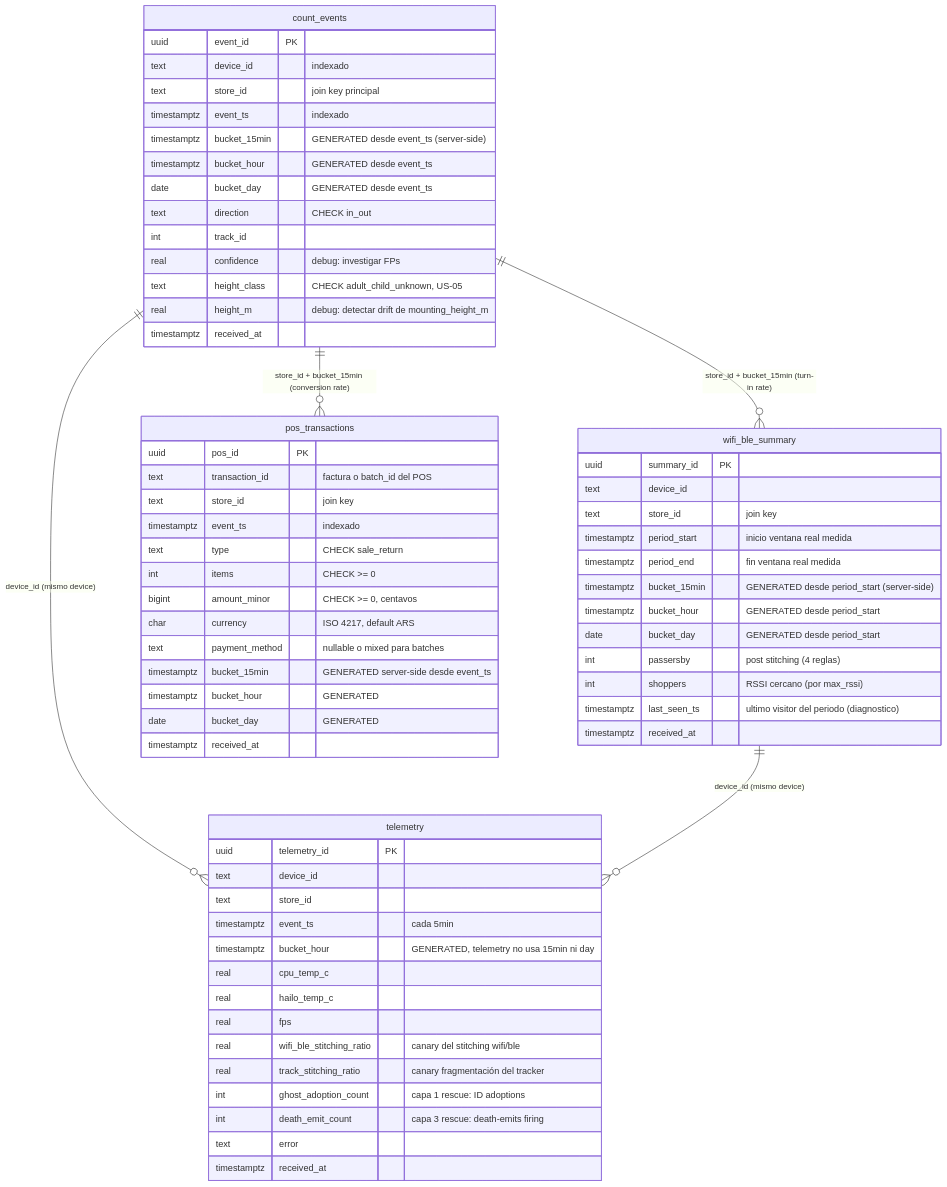
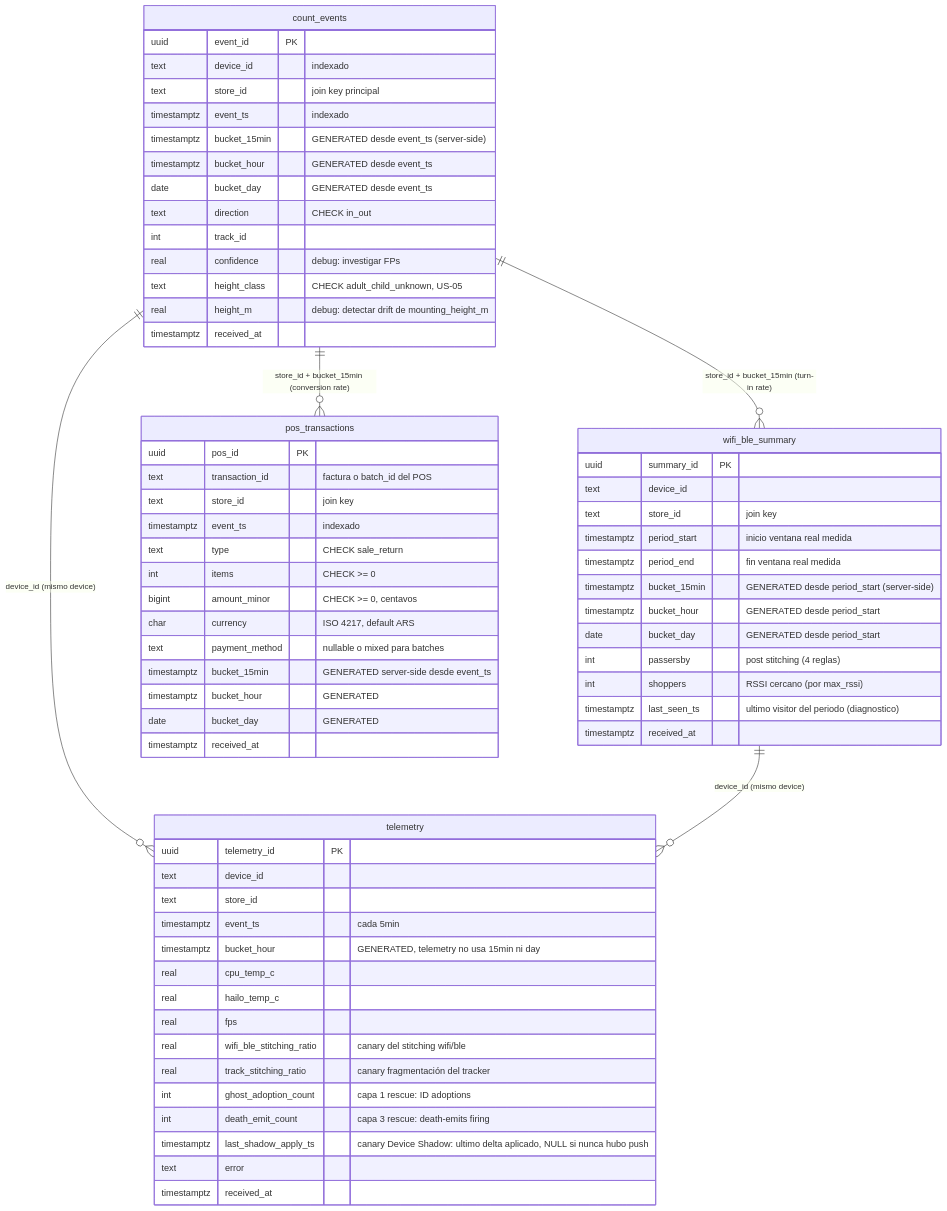
The first of 2 diagrams in docs/database_schema.md (maurogasparri/people-counter), drawn with Mermaid before and after one commit. The commit also changed 4 other files, not shown here.

First line of the commit message:
[docs] docs: sync general post Device Shadow + tracker hardening

````diff
--- a/docs/database_schema.md
+++ b/docs/database_schema.md
@@ -22,71 +22,72 @@
 ```mermaid
 erDiagram
     count_events {
         uuid        event_id        PK
         text        device_id       "indexado"
         text        store_id        "join key principal"
         timestamptz event_ts        "indexado"
         timestamptz bucket_15min    "GENERATED desde event_ts (server-side)"
         timestamptz bucket_hour     "GENERATED desde event_ts"
         date        bucket_day      "GENERATED desde event_ts"
         text        direction       "CHECK in_out"
         int         track_id
         real        confidence      "debug: investigar FPs"
         text        height_class    "CHECK adult_child_unknown, US-05"
         real        height_m        "debug: detectar drift de mounting_height_m"
         timestamptz received_at
     }
 
     wifi_ble_summary {
         uuid        summary_id      PK
         text        device_id
         text        store_id        "join key"
         timestamptz period_start    "inicio ventana real medida"
         timestamptz period_end      "fin ventana real medida"
         timestamptz bucket_15min    "GENERATED desde period_start (server-side)"
         timestamptz bucket_hour     "GENERATED desde period_start"
         date        bucket_day      "GENERATED desde period_start"
         int         passersby       "post stitching (4 reglas)"
         int         shoppers        "RSSI cercano (por max_rssi)"
         timestamptz last_seen_ts    "ultimo visitor del periodo (diagnostico)"
         timestamptz received_at
     }
 
     telemetry {
         uuid        telemetry_id    PK
         text        device_id
         text        store_id
         timestamptz event_ts        "cada 5min"
         timestamptz bucket_hour     "GENERATED, telemetry no usa 15min ni day"
         real        cpu_temp_c
         real        hailo_temp_c
         real        fps
         real        wifi_ble_stitching_ratio "canary del stitching wifi/ble"
         real        track_stitching_ratio    "canary fragmentación del tracker"
         int         ghost_adoption_count     "capa 1 rescue: ID adoptions"
         int         death_emit_count         "capa 3 rescue: death-emits firing"
+        timestamptz last_shadow_apply_ts     "canary Device Shadow: ultimo delta aplicado, NULL si nunca hubo push"
         text        error
         timestamptz received_at
     }
 
     pos_transactions {
         uuid        pos_id          PK
         text        transaction_id  "factura o batch_id del POS"
         text        store_id        "join key"
         timestamptz event_ts        "indexado"
         text        type            "CHECK sale_return"
         int         items           "CHECK >= 0"
         bigint      amount_minor    "CHECK >= 0, centavos"
         char        currency        "ISO 4217, default ARS"
         text        payment_method  "nullable o mixed para batches"
         timestamptz bucket_15min    "GENERATED server-side desde event_ts"
         timestamptz bucket_hour     "GENERATED"
         date        bucket_day      "GENERATED"
         timestamptz received_at
     }
 
     count_events     ||--o{ wifi_ble_summary  : "store_id + bucket_15min (turn-in rate)"
     count_events     ||--o{ pos_transactions  : "store_id + bucket_15min (conversion rate)"
     count_events     ||--o{ telemetry         : "device_id (mismo device)"
     wifi_ble_summary ||--o{ telemetry         : "device_id (mismo device)"
 ```
````
